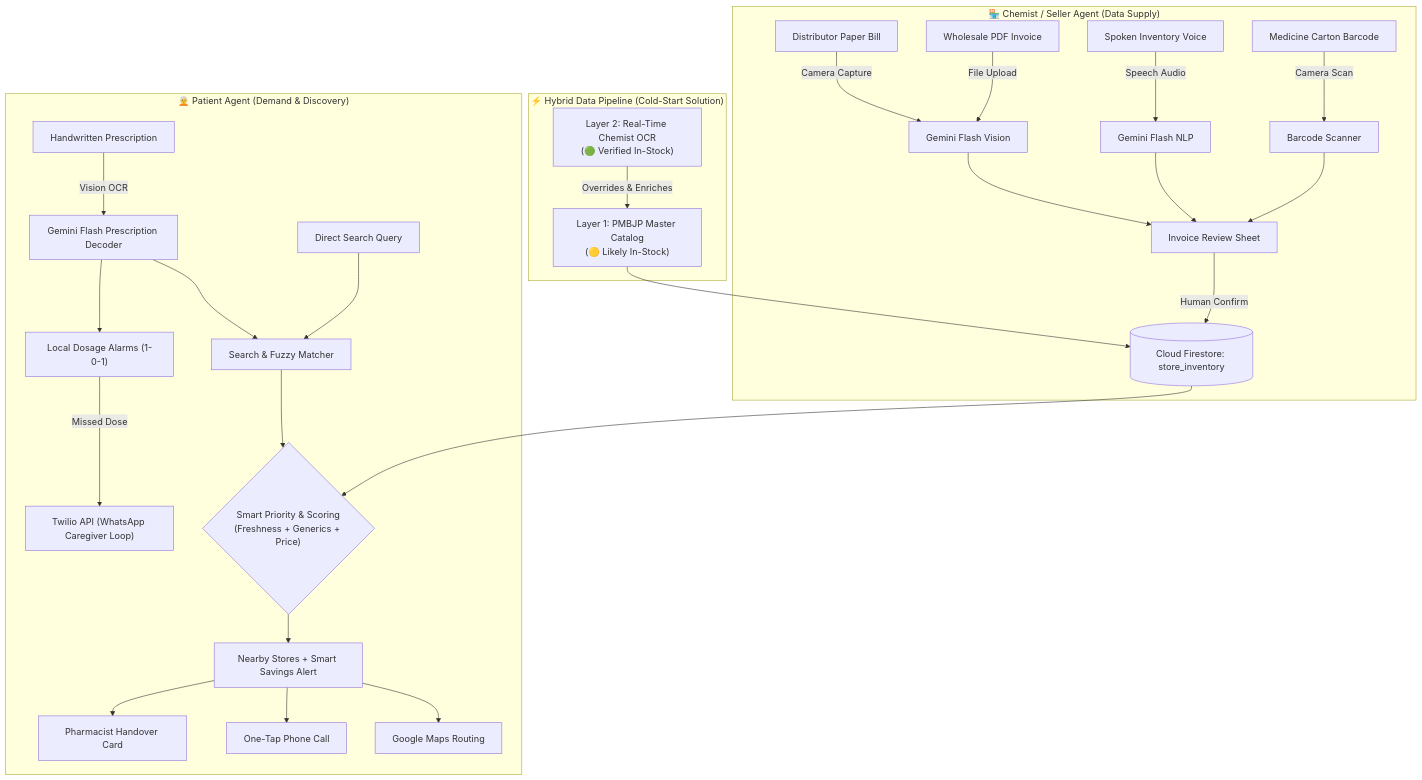
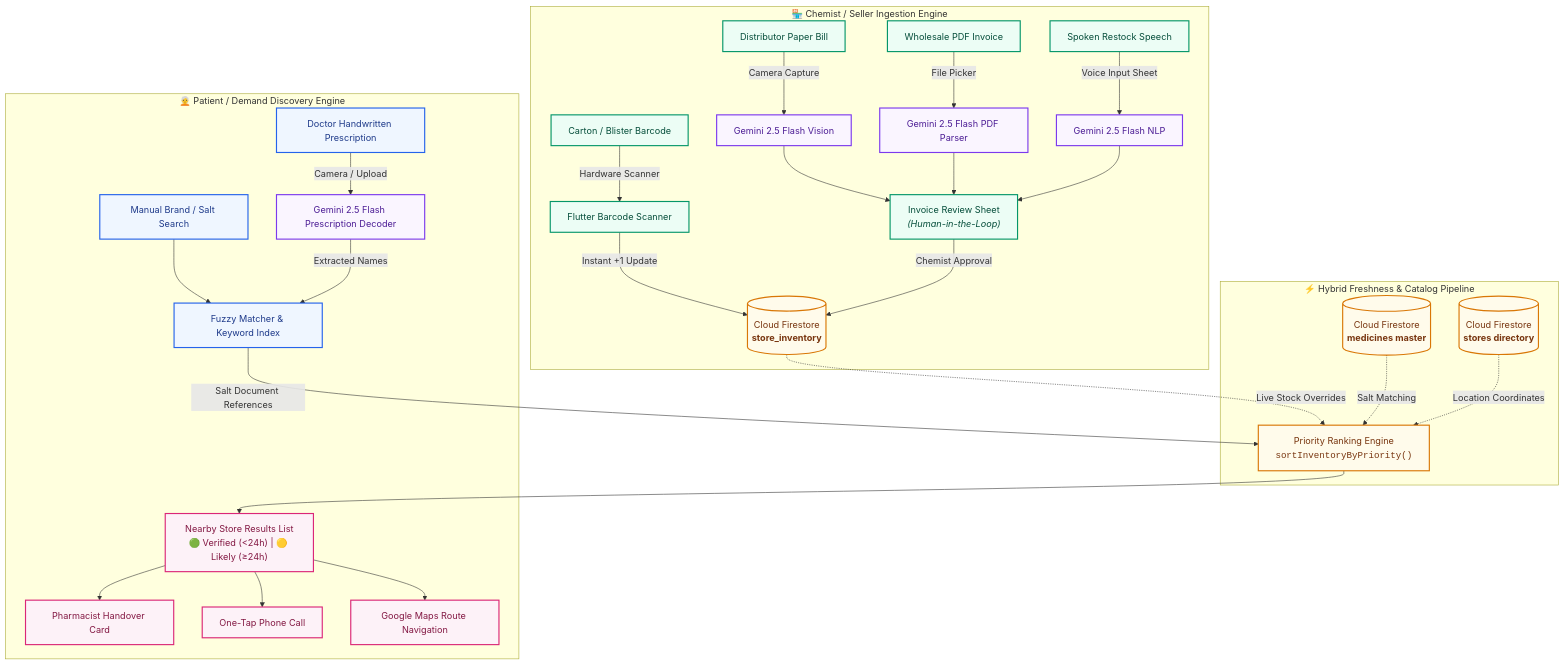
One commit to Parth-Chavan-15/MedSetu-TechSprint changed the first of 2 diagrams in README.md. Above: the diagram before and after it, drawn with Mermaid. The commit also changed other lines of this file, not shown here.

````diff
--- a/README.md
+++ b/README.md
@@ -89,38 +101,43 @@
 ```mermaid
-flowchart TD
-    subgraph Seller_Agent ["🏪 Chemist / Seller Agent (Data Supply)"]
-        S1["Distributor Paper Bill"] -->|Camera Capture| G_INVOICE["Gemini Flash Vision"]
-        S2["Wholesale PDF Invoice"] -->|File Upload| G_INVOICE
-        S3["Spoken Inventory Voice"] -->|Speech Audio| G_VOICE["Gemini Flash NLP"]
-        S4["Medicine Carton Barcode"] -->|Camera Scan| BC["Barcode Scanner"]
+graph TD
+    %% Custom Styling
+    classDef chemist fill:#ECFDF5,stroke:#059669,stroke-width:2px,color:#064E3B;
+    classDef patient fill:#EFF6FF,stroke:#2563EB,stroke-width:2px,color:#1E3A8A;
+    classDef ai fill:#FAF5FF,stroke:#7C3AED,stroke-width:2px,color:#4C1D95;
+    classDef firestore fill:#FFFBEB,stroke:#D97706,stroke-width:2px,color:#78350F;
+    classDef output fill:#FDF2F8,stroke:#DB2777,stroke-width:2px,color:#831843;
 
-        G_INVOICE --> IRS["Invoice Review Sheet"]
-        G_VOICE --> IRS
-        BC --> IRS
-        IRS -->|Human Confirm| FS_INV[("Cloud Firestore: store_inventory")]
+    subgraph SellerFlow ["🏪 Chemist / Seller Ingestion Engine"]
+        S_BILL["Distributor Paper Bill"]:::chemist -->|Camera Capture| G_INV["Gemini 2.5 Flash Vision"]:::ai
+        S_PDF["Wholesale PDF Invoice"]:::chemist -->|File Picker| G_PDF["Gemini 2.5 Flash PDF Parser"]:::ai
+        S_VOICE["Spoken Restock Speech"]:::chemist -->|Voice Input Sheet| G_NLP["Gemini 2.5 Flash NLP"]:::ai
+        S_BC["Carton / Blister Barcode"]:::chemist -->|Hardware Scanner| BC_SCAN["Flutter Barcode Scanner"]:::chemist
+
+        G_INV --> IRS["Invoice Review Sheet<br><i>(Human-in-the-Loop)</i>"]:::chemist
+        G_PDF --> IRS
+        G_NLP --> IRS
+        BC_SCAN -->|Instant +1 Update| FS_INV
+        IRS -->|Chemist Approval| FS_INV[("Cloud Firestore<br><b>store_inventory</b>")]:::firestore
     end
 
-    subgraph Hybrid_Pipeline ["⚡ Hybrid Data Pipeline (Cold-Start Solution)"]
-        L1["Layer 1: PMBJP Master Catalog<br>(🟡 Likely In-Stock)"]
-        L2["Layer 2: Real-Time Chemist OCR<br>(🟢 Verified In-Stock)"]
-        L2 -->|Overrides & Enriches| L1
-        L1 --> FS_INV
+    subgraph CoreEngine ["⚡ Hybrid Freshness & Catalog Pipeline"]
+        FS_MED[("Cloud Firestore<br><b>medicines master</b>")]:::firestore
+        FS_STORES[("Cloud Firestore<br><b>stores directory</b>")]:::firestore
+        
+        FS_INV -.->|Live Stock Overrides| RANK["Priority Ranking Engine<br><code>sortInventoryByPriority()</code>"]:::firestore
+        FS_MED -.->|Salt Matching| RANK
+        FS_STORES -.->|Location Coordinates| RANK
     end
 
-    subgraph Patient_Agent ["🧑‍🦳 Patient Agent (Demand & Discovery)"]
-        P1["Handwritten Prescription"] -->|Vision OCR| G_RX["Gemini Flash Prescription Decoder"]
-        P2["Direct Search Query"] --> P_SRCH["Search & Fuzzy Matcher"]
-        G_RX --> P_SRCH
-        
-        P_SRCH --> PRIORITY{"Smart Priority & Scoring<br>(Freshness + Generics + Price)"}
-        FS_INV --> PRIORITY
-        
-        PRIORITY --> UI_STORES["Nearby Stores + Smart Savings Alert"]
-        UI_STORES --> ACT_NAV["Google Maps Routing"]
-        UI_STORES --> ACT_CALL["One-Tap Phone Call"]
-        UI_STORES --> ACT_CARD["Pharmacist Handover Card"]
-        
-        G_RX --> ALARM["Local Dosage Alarms (1-0-1)"]
-        ALARM -->|Missed Dose| TWILIO["Twilio API (WhatsApp Caregiver Loop)"]
+    subgraph PatientFlow ["🧑‍🦳 Patient / Demand Discovery Engine"]
+        P_RX["Doctor Handwritten Prescription"]:::patient -->|Camera / Upload| G_RX["Gemini 2.5 Flash Prescription Decoder"]:::ai
+        P_TXT["Manual Brand / Salt Search"]:::patient --> SEARCH["Fuzzy Matcher & Keyword Index"]:::patient
+        G_RX -->|Extracted Names| SEARCH
+        SEARCH -->|Salt Document References| RANK
+
+        RANK --> UI_STORES["Nearby Store Results List<br>🟢 Verified (&lt;24h) | 🟡 Likely (&ge;24h)"]:::output
+        UI_STORES --> ACT_CARD["Pharmacist Handover Card"]:::output
+        UI_STORES --> ACT_CALL["One-Tap Phone Call"]:::output
+        UI_STORES --> ACT_MAP["Google Maps Route Navigation"]:::output
     end
 ```
````
